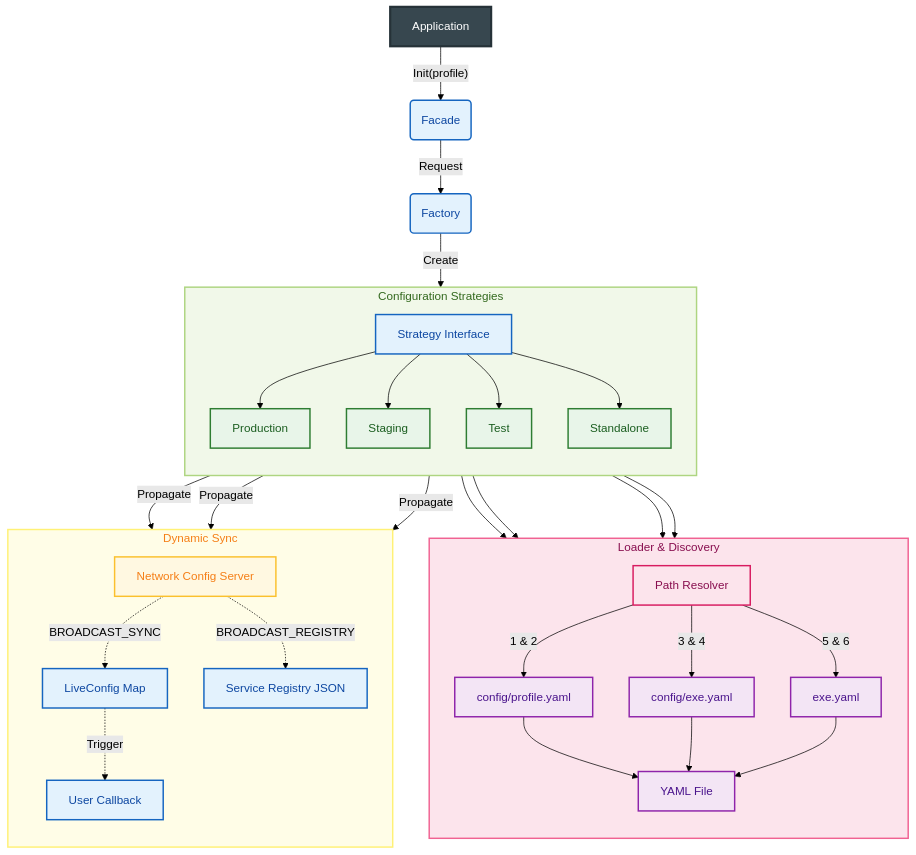
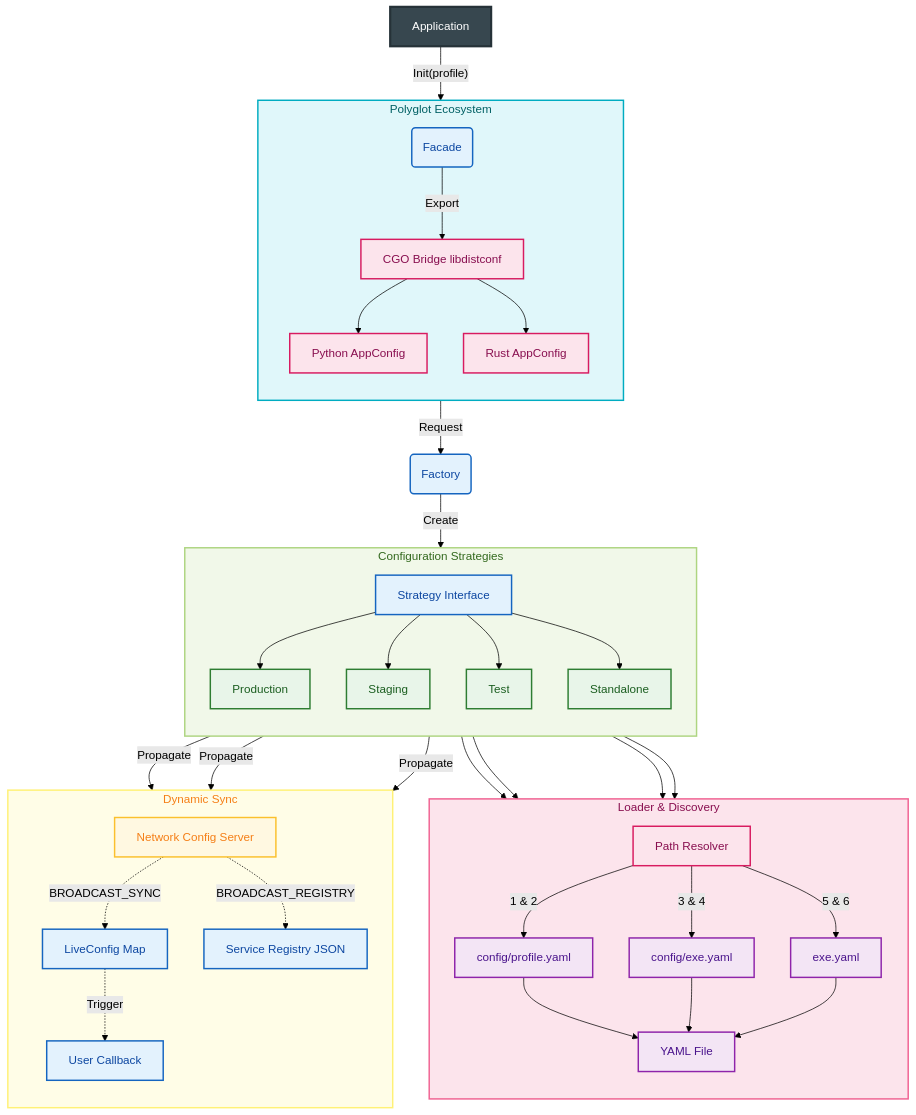
The diagram in ARCHITECTURE.md (Bastien-Antigravity/distributed-config), drawn with Mermaid (forest theme) before and after one commit. The commit also changed other lines of this file and 49 other files, not shown here.

Commit message:
feat: implement multi-language CGO bridge and build system for native library distribution

````diff
--- a/ARCHITECTURE.md
+++ b/ARCHITECTURE.md
@@ -18,45 +18,55 @@
 ```mermaid
 flowchart TD
     %% Styles
     classDef core fill:#e3f2fd,stroke:#1565c0,stroke-width:2px,color:#0d47a1;
     classDef strategy fill:#e8f5e9,stroke:#2e7d32,stroke-width:2px,color:#1b5e20;
     classDef net fill:#fff8e1,stroke:#fbc02d,stroke-width:2px,color:#f57f17;
     classDef file fill:#f3e5f5,stroke:#8e24aa,stroke-width:2px,color:#4a148c;
     classDef loader fill:#fce4ec,stroke:#d81b60,stroke-width:2px,color:#880e4f;
 
     %% Application Node Styling
     style App fill:#37474f,stroke:#263238,stroke-width:3px,color:#ffffff
 
     %% Nodes
     App[Application] -->|"Init(profile)"| Facade(Facade):::core
     Facade -->|Request| Factory(Factory):::core
     Factory -->|Create| StratInterface[Strategy Interface]:::core
 
     subgraph Strategies [Configuration Strategies]
         direction TB
         StratInterface --> Prod[Production]:::strategy
         StratInterface --> Stag[Staging]:::strategy
         StratInterface --> Test[Test]:::strategy
         StratInterface --> Stand[Standalone]:::strategy
     end
     style Strategies fill:#f1f8e9,stroke:#aed581,stroke-width:2px,color:#33691e
 
     subgraph Discovery [Loader & Discovery]
         direction TB
         Prod & Stag & Test & Stand --> Loader[Path Resolver]:::loader
         Loader -->|1 & 2| ConfigSub[config/profile.yaml]:::file
         Loader -->|3 & 4| ConfigDef[config/exe.yaml]:::file
         Loader -->|5 & 6| RootDef[exe.yaml]:::file
         ConfigSub & ConfigDef & RootDef --> YAML[YAML File]:::file
     end
     style Discovery fill:#fce4ec,stroke:#f06292,stroke-width:2px,color:#880e4f
 
+    subgraph Polyglot [Polyglot Ecosystem]
+        direction TB
+        CGO[CGO Bridge libdistconf]:::loader
+        Py[Python AppConfig]:::loader
+        Rs[Rust AppConfig]:::loader
+        CGO --> Py & Rs
+        Facade -->|Export| CGO
+    end
+    style Polyglot fill:#e0f7fa,stroke:#00acc1,stroke-width:2px,color:#006064
+
     subgraph Sync [Dynamic Sync]
         direction TB
         Prod & Stag & Test -->|Propagate| Net[Network Config Server]:::net
         Net -.->|BROADCAST_SYNC| LiveConfig[LiveConfig Map]:::core
         Net -.->|BROADCAST_REGISTRY| Registry[Service Registry JSON]:::core
         LiveConfig -.->|Trigger| Callback[User Callback]:::core
     end
     style Sync fill:#fffde7,stroke:#fff176,stroke-width:2px,color:#f57f17
 ```
````
